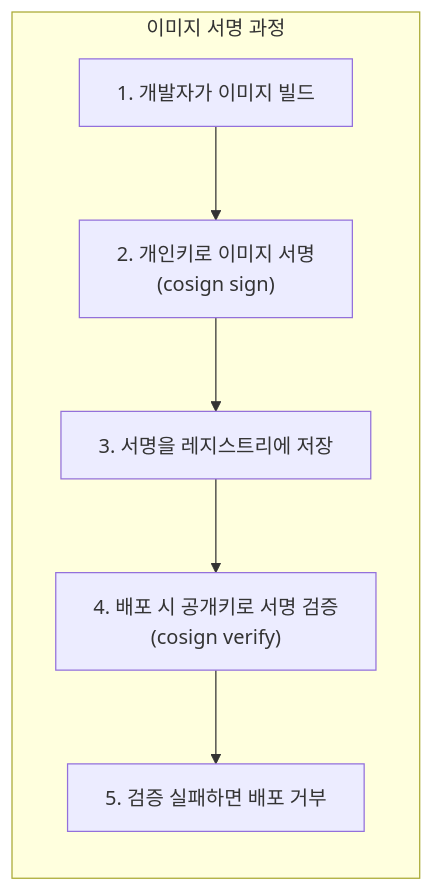
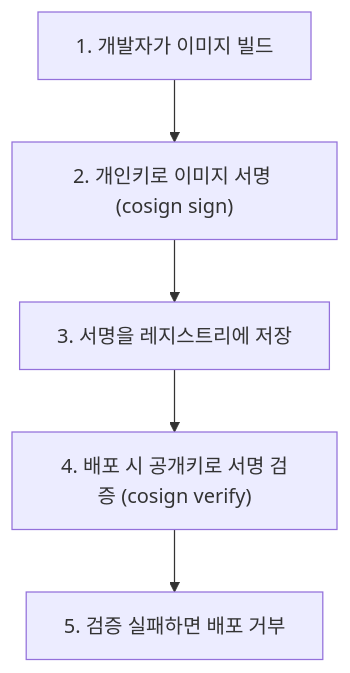
Diagram 12 of 16 in _posts/2026-01-22-kubernetes-security-cks.md (K-Diger/k-diger.github.io), drawn with Mermaid before and after one commit. The commit also changed other lines of this file and 13 other files, not shown here.

````diff
--- a/_posts/2026-01-22-kubernetes-security-cks.md
+++ b/_posts/2026-01-22-kubernetes-security-cks.md
@@ -754,12 +767,10 @@
 ```mermaid
-flowchart LR
-    subgraph Signing["이미지 서명 과정"]
-        S1["1. 개발자가 이미지 빌드"]
-        S2["2. 개인키로 이미지 서명<br>(cosign sign)"]
-        S3["3. 서명을 레지스트리에 저장"]
-        S4["4. 배포 시 공개키로 서명 검증<br>(cosign verify)"]
-        S5["5. 검증 실패하면 배포 거부"]
+flowchart TB
+    S1["1. 개발자가 이미지 빌드"]
+    S2["2. 개인키로 이미지 서명 (cosign sign)"]
+    S3["3. 서명을 레지스트리에 저장"]
+    S4["4. 배포 시 공개키로 서명 검증 (cosign verify)"]
+    S5["5. 검증 실패하면 배포 거부"]
 
-        S1 --> S2 --> S3 --> S4 --> S5
-    end
+    S1 --> S2 --> S3 --> S4 --> S5
 ```
````
